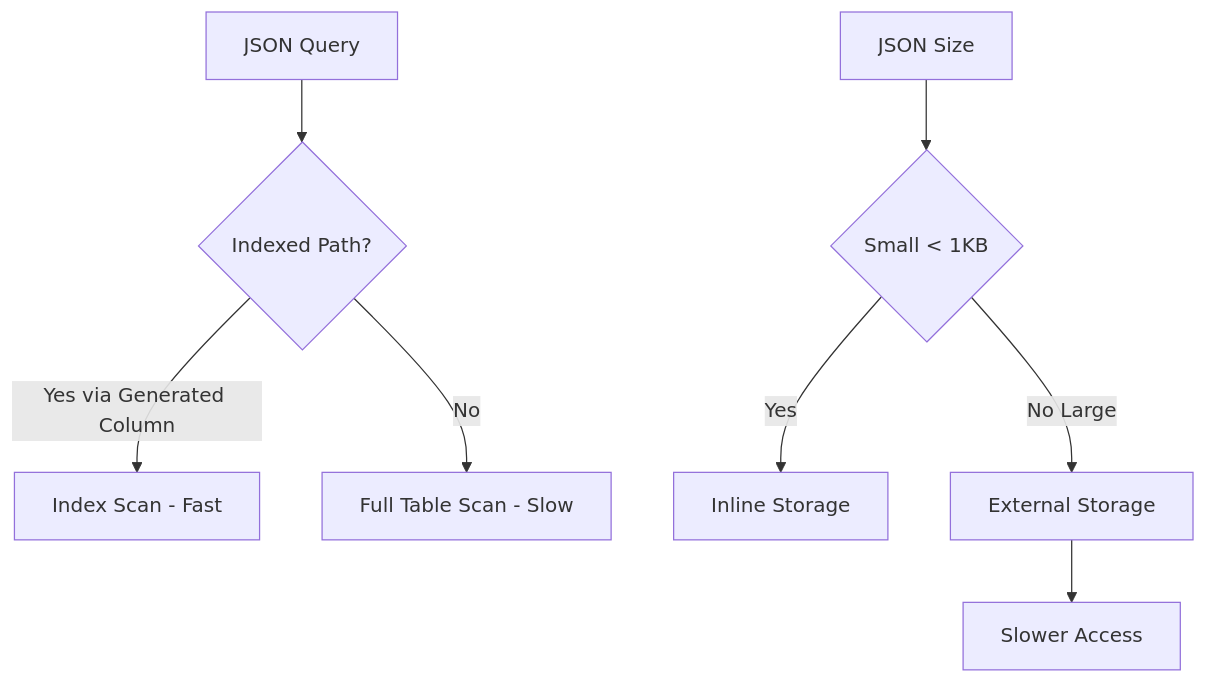
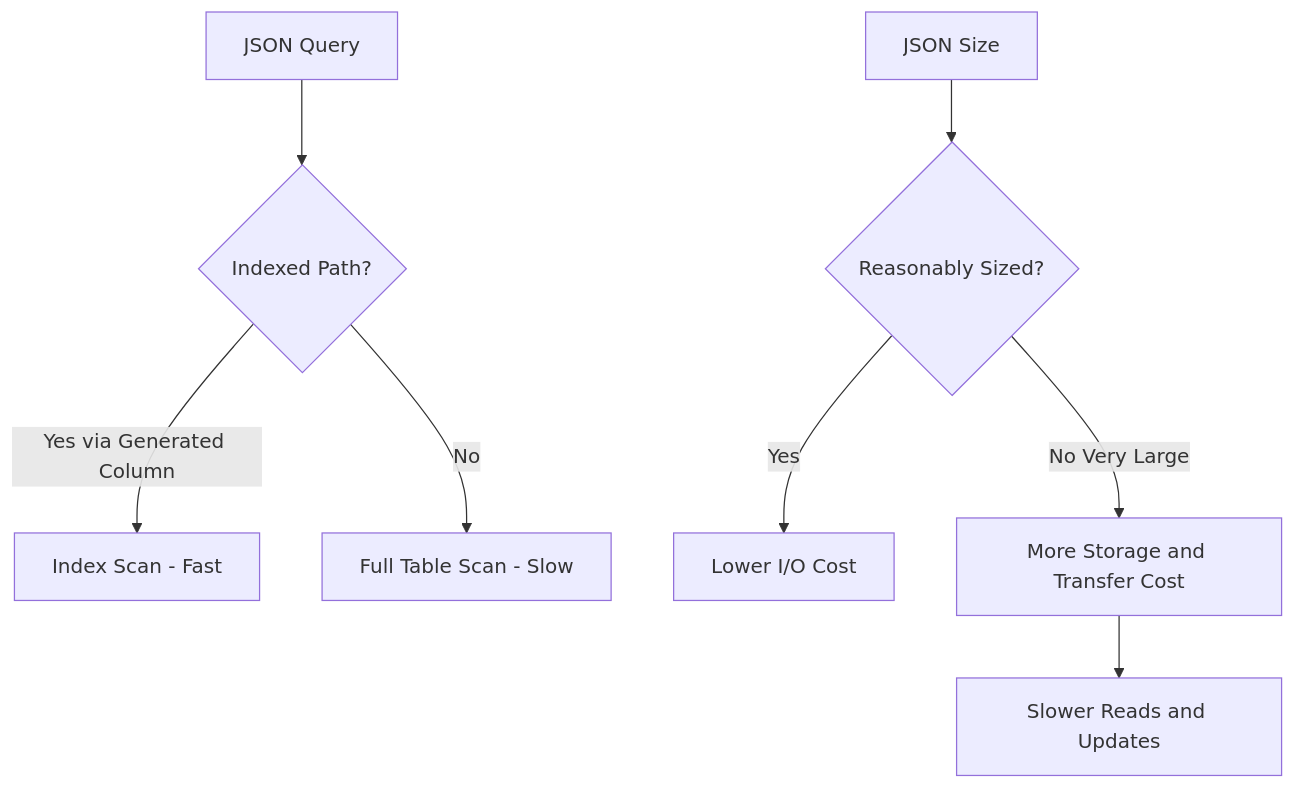
One commit to OneUptime/blog changed the second of 2 diagrams in posts/2026-01-24-mysql-json-data/README.md. Above: the diagram before and after it, drawn with Mermaid. The commit also changed other lines of this file and 2 other files, not shown here.

Commit message:
validate: 2026-01-24-mysql-json-data

````diff
--- a/posts/2026-01-24-mysql-json-data/README.md
+++ b/posts/2026-01-24-mysql-json-data/README.md
@@ -297,11 +297,11 @@
 ```mermaid
 flowchart TD
     A[JSON Query] --> B{Indexed Path?}
     B -->|Yes via Generated Column| C[Index Scan - Fast]
     B -->|No| D[Full Table Scan - Slow]
 
-    E[JSON Size] --> F{Small < 1KB}
-    F -->|Yes| G[Inline Storage]
-    F -->|No Large| H[External Storage]
-    H --> I[Slower Access]
+    E[JSON Size] --> F{Reasonably Sized?}
+    F -->|Yes| G[Lower I/O Cost]
+    F -->|No Very Large| H[More Storage and Transfer Cost]
+    H --> I[Slower Reads and Updates]
 ```
````
